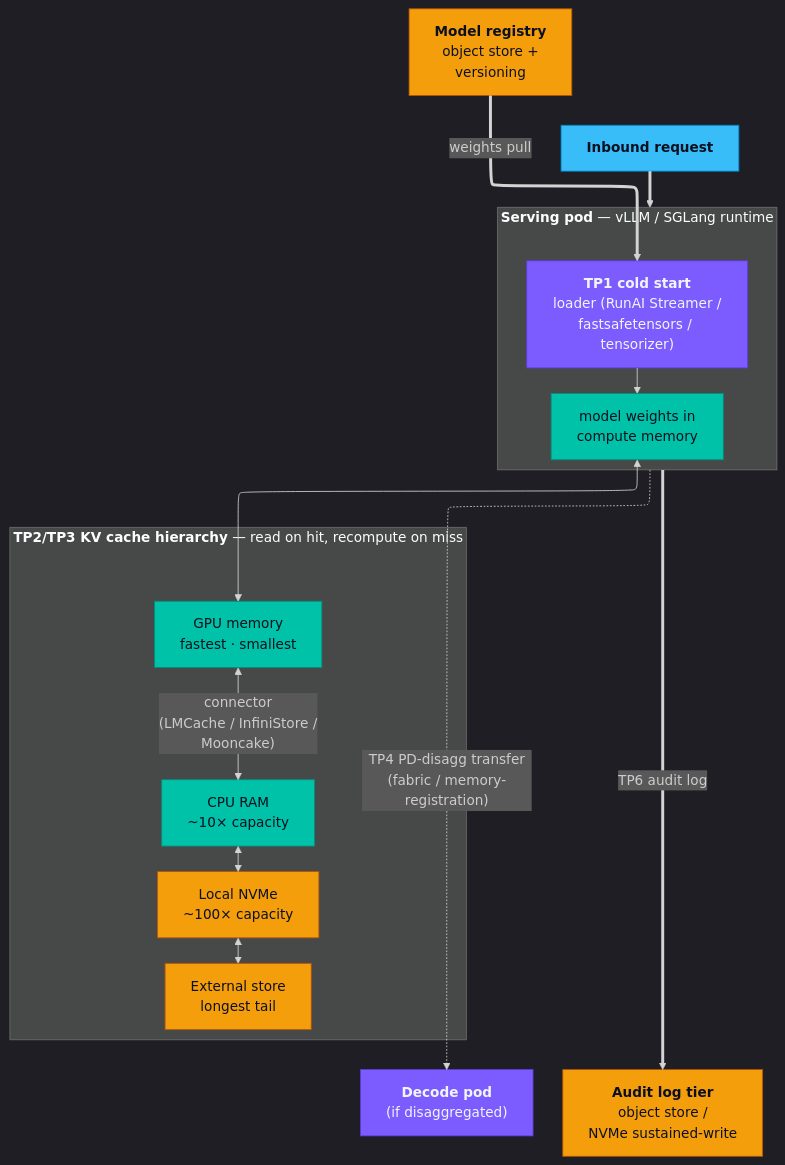
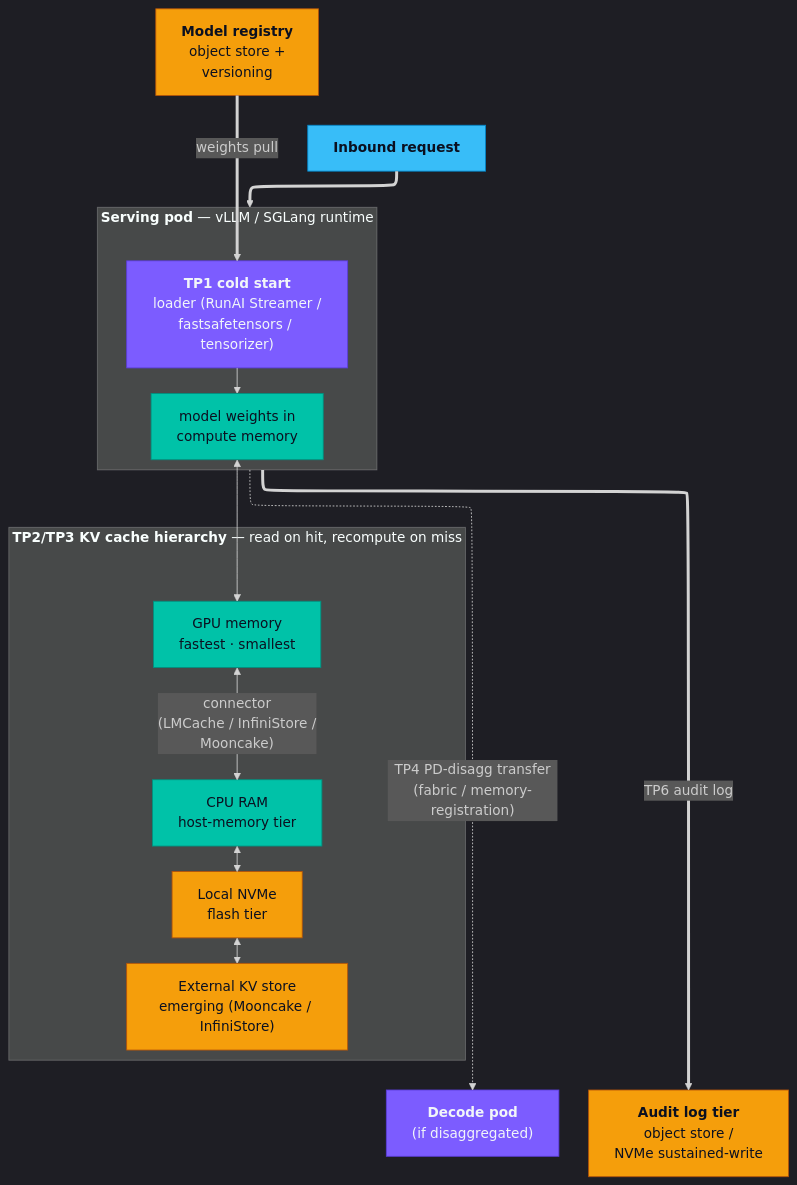
Before and after one commit to knachiketa04/aihomelab: the diagram in artifacts/concepts/storage-touchpoints-map/inference.mmd, drawn with Mermaid. The commit also changed 3 other files, not shown here.

```diff
--- a/artifacts/concepts/storage-touchpoints-map/inference.mmd
+++ b/artifacts/concepts/storage-touchpoints-map/inference.mmd
@@ -1,38 +1,38 @@
 %%{init: {'theme':'dark', 'flowchart': {'defaultRenderer': 'elk'}}}%%
 flowchart TB
     classDef storage    fill:#F59E0B,stroke:#B45309,color:#0B1020,stroke-width:1px
     classDef compute    fill:#7C5CFF,stroke:#5B3DD9,color:#F1F5F9,stroke-width:1px
     classDef memory     fill:#00C2A8,stroke:#008F7E,color:#0B1020,stroke-width:1px
     classDef fabric     fill:#38BDF8,stroke:#0284C7,color:#0B1020,stroke-width:1px
     classDef tier       fill:#0F172A,stroke:#475569,color:#F1F5F9,stroke-width:2px
 
     REQ["<b>Inbound request</b>"]:::fabric
 
     REG["<b>Model registry</b><br>object store +<br>versioning"]:::storage
 
     subgraph SERVING["<b>Serving pod</b> — vLLM / SGLang runtime"]
         direction TB
         LOADER["<b>TP1 cold start</b><br>loader (RunAI Streamer /<br>fastsafetensors / tensorizer)"]:::compute
         WEIGHTS["model weights in<br>compute memory"]:::memory
     end
 
     subgraph KVTIER["<b>TP2/TP3 KV cache hierarchy</b> — read on hit, recompute on miss"]
         direction TB
         K1["GPU memory<br>fastest · smallest"]:::memory
-        K2["CPU RAM<br>~10× capacity"]:::memory
-        K3["Local NVMe<br>~100× capacity"]:::storage
-        K4["External store<br>longest tail"]:::storage
+        K2["CPU RAM<br>host-memory tier"]:::memory
+        K3["Local NVMe<br>flash tier"]:::storage
+        K4["External KV store<br>emerging (Mooncake / InfiniStore)"]:::storage
         K1 <-->|"connector<br>(LMCache / InfiniStore /<br>Mooncake)"| K2
         K2 <--> K3
         K3 <--> K4
     end
 
     DECODE["<b>Decode pod</b><br>(if disaggregated)"]:::compute
     LOG["<b>Audit log tier</b><br>object store /<br>NVMe sustained-write"]:::storage
 
     REG ==>|"weights pull"| LOADER
     LOADER --> WEIGHTS
     REQ ==> SERVING
     WEIGHTS <--> K1
     SERVING -.->|"TP4 PD-disagg transfer<br>(fabric / memory-registration)"| DECODE
     SERVING ==>|"TP6 audit log"| LOG
```
